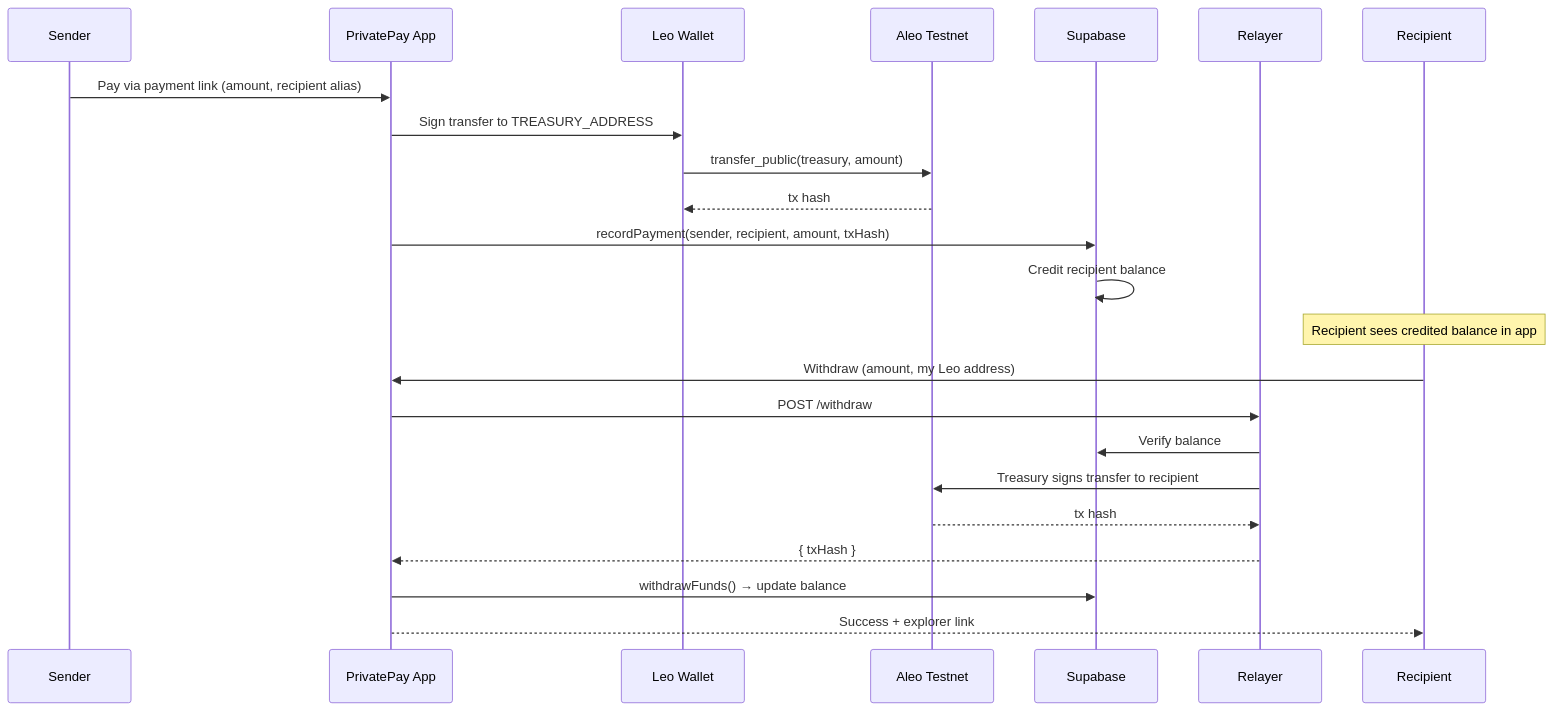
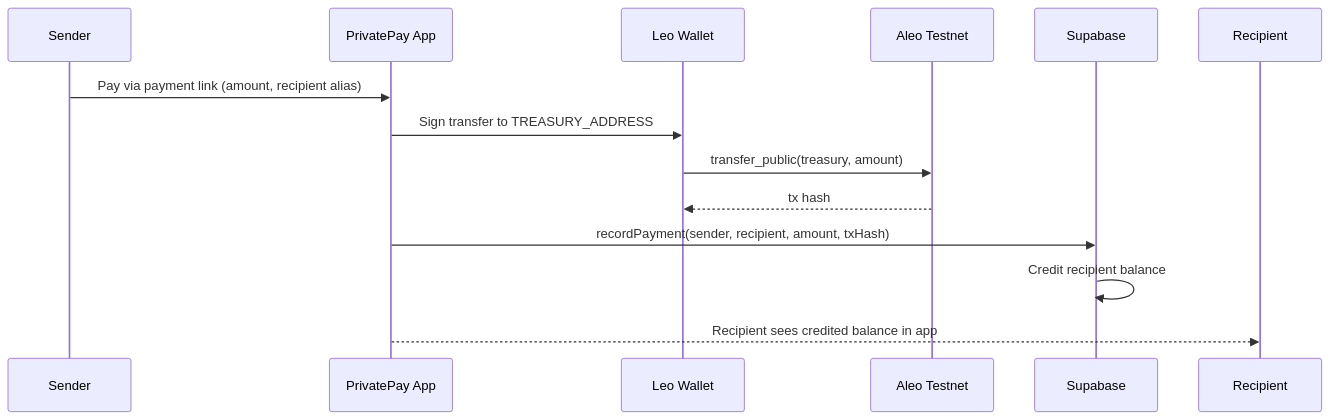
Before and after one commit to AmaanSayyad/PrivatePay-Aleo: the first of 6 diagrams in README.md, drawn with Mermaid. The commit also changed other lines of this file, not shown here.

````diff
--- a/README.md
+++ b/README.md
@@ -79,28 +79,17 @@
 ```mermaid
 sequenceDiagram
   participant Sender
   participant App as PrivatePay App
   participant Leo as Leo Wallet
   participant Aleo as Aleo Testnet
   participant Supabase
-  participant Relayer
   participant Recipient
 
   Sender->>App: Pay via payment link (amount, recipient alias)
   App->>Leo: Sign transfer to TREASURY_ADDRESS
   Leo->>Aleo: transfer_public(treasury, amount)
   Aleo-->>Leo: tx hash
   App->>Supabase: recordPayment(sender, recipient, amount, txHash)
   Supabase->>Supabase: Credit recipient balance
-
-  Note over Recipient: Recipient sees credited balance in app
-
-  Recipient->>App: Withdraw (amount, my Leo address)
-  App->>Relayer: POST /withdraw
-  Relayer->>Supabase: Verify balance
-  Relayer->>Aleo: Treasury signs transfer to recipient
-  Aleo-->>Relayer: tx hash
-  Relayer-->>App: { txHash }
-  App->>Supabase: withdrawFunds() → update balance
-  App-->>Recipient: Success + explorer link
+  App-->>Recipient: Recipient sees credited balance in app
 ```
````
